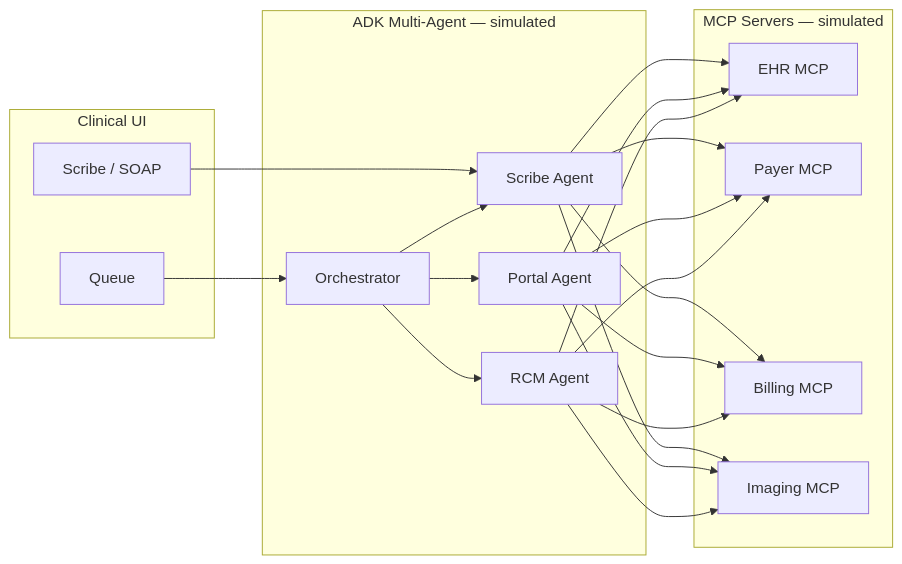
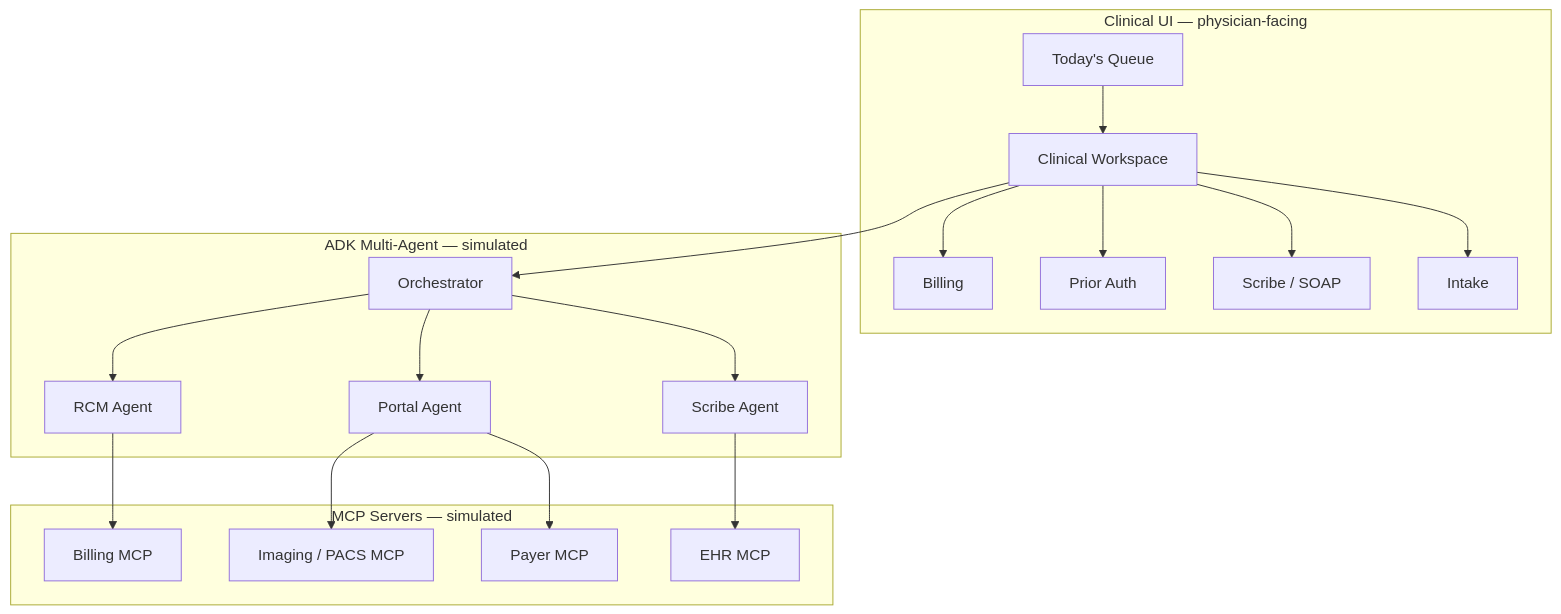
Before and after one commit to jdc88/Sage: the second of 4 diagrams in README.md, drawn with Mermaid. The commit also changed other lines of this file, not shown here.

````diff
--- a/README.md
+++ b/README.md
@@ -173,26 +175,36 @@
 ```mermaid
-flowchart LR
-  subgraph clinic [Clinical UI]
-    Q[Queue]
-    S[Scribe / SOAP]
+flowchart TB
+  subgraph ui [Clinical UI — physician-facing]
+    Q[Today's Queue]
+    CW[Clinical Workspace]
+    Q --> CW
+    CW --> Intake[Intake]
+    CW --> Scribe[Scribe / SOAP]
+    CW --> Auth[Prior Auth]
+    CW --> Bill[Billing]
   end
 
   subgraph agents [ADK Multi-Agent — simulated]
     O[Orchestrator]
     SC[Scribe Agent]
     PO[Portal Agent]
     RC[RCM Agent]
   end
 
   subgraph mcp [MCP Servers — simulated]
     EHR[EHR MCP]
     PAY[Payer MCP]
     BIL[Billing MCP]
-    IMG[Imaging MCP]
+    IMG[Imaging / PACS MCP]
   end
 
-  Q --> O
-  S --> SC
-  O --> SC & PO & RC
-  SC & PO & RC --> EHR & PAY & BIL & IMG
+  CW --> O
+  O --> SC
+  O --> PO
+  O --> RC
+
+  SC --> EHR
+  PO --> PAY
+  PO --> IMG
+  RC --> BIL
 ```
````
